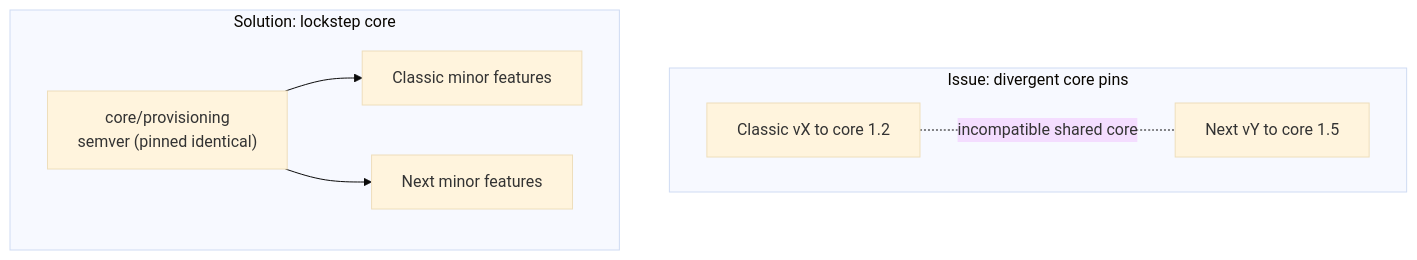
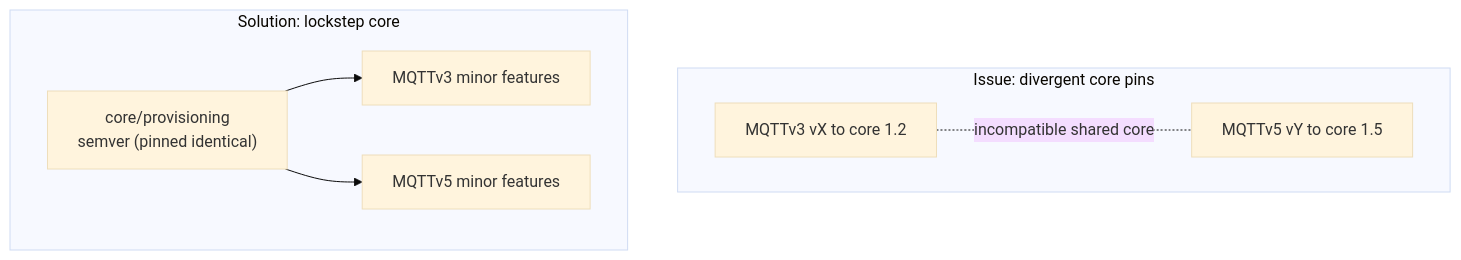
Before and after one commit to Azure/azure-iot-sdk: diagram 15 of 20 in c/docs/eng/split-client.md, drawn with Mermaid (base theme). The commit also changed other lines of this file and 99 other files, not shown here.

First line of the commit message:
[C] Rename Classic/Next/AEG to MQTTv3/MQTTv5 (#274)

````diff
--- a/c/docs/eng/split-client.md
+++ b/c/docs/eng/split-client.md
@@ -519,16 +519,16 @@
 ```mermaid
 flowchart TB
     subgraph ISSUE["Issue: divergent core pins"]
-        V1["Classic vX to core 1.2"]
-        V2["Next vY to core 1.5"]
+        V1["MQTTv3 vX to core 1.2"]
+        V2["MQTTv5 vY to core 1.5"]
         V1 -. "incompatible shared core" .- V2
     end
 
     subgraph FIX["Solution: lockstep core"]
         CORE["core/provisioning<br/>semver (pinned identical)"]
-        FCl["Classic minor features"]
-        FNx["Next minor features"]
+        FCl["MQTTv3 minor features"]
+        FNx["MQTTv5 minor features"]
         CORE --> FCl
         CORE --> FNx
     end
 ```
````
